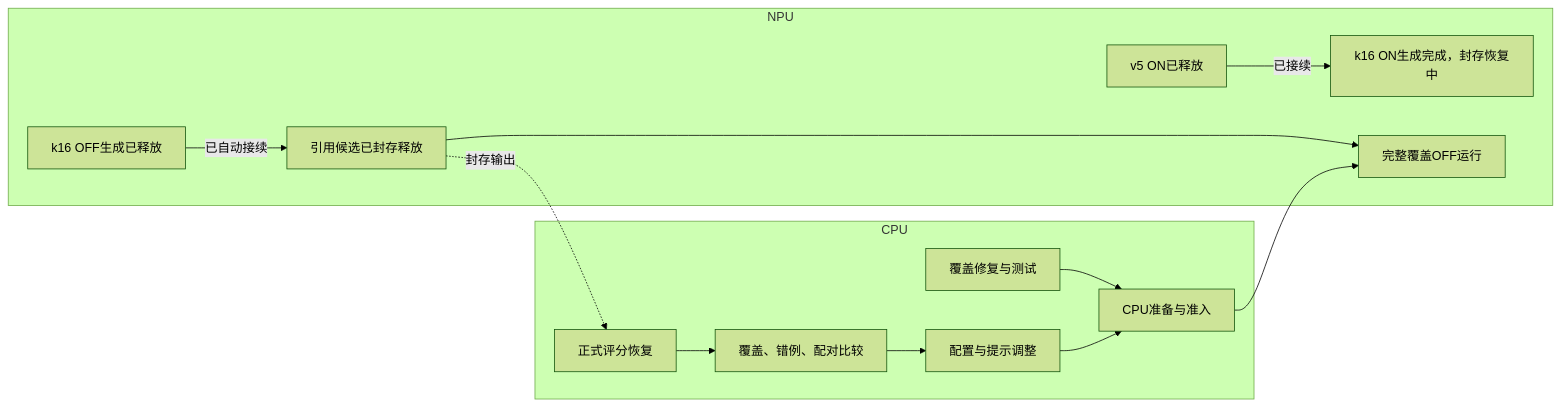
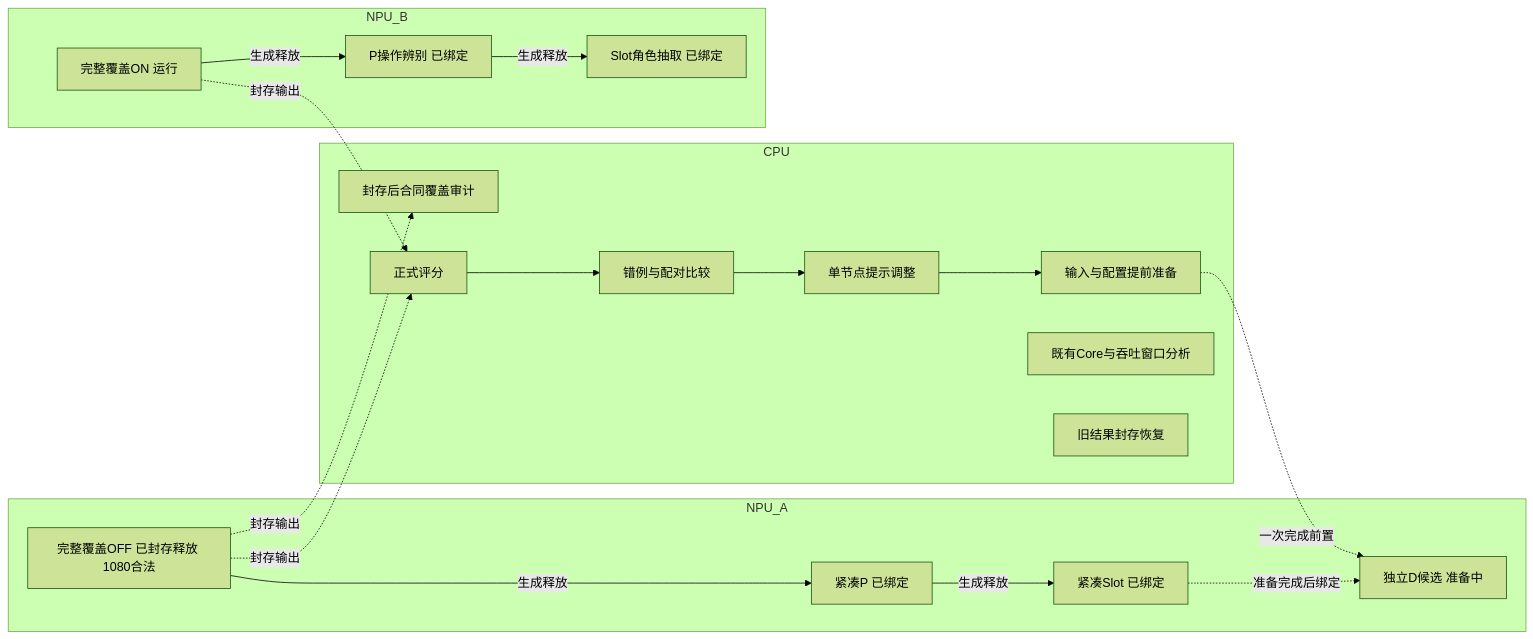
One commit to chaosxingxc-orion/omni changed the diagram in wiki/TFRL-Execution-DAG.md. Above: the diagram before and after it, drawn with Mermaid (forest theme). The commit also changed other lines of this file and 6 other files, not shown here.

````diff
--- a/wiki/TFRL-Execution-DAG.md
+++ b/wiki/TFRL-Execution-DAG.md
@@ -37,16 +39,24 @@
 ```mermaid
 flowchart LR
   subgraph CPU
-    Fix[覆盖修复与测试] --> Prepare[CPU准备与准入]
-    Score[正式评分恢复] --> Compare[覆盖、错例、配对比较]
-    Compare --> Tune[配置与提示调整]
-    Tune --> Prepare
+    Prep[输入与配置提前准备]
+    Audit[封存后合同覆盖审计]
+    Score[正式评分] --> Compare[错例与配对比较]
+    Compare --> Tune[单节点提示调整] --> Prep
+    Efficiency[既有Core与吞吐窗口分析]
+    Recover[旧结果封存恢复]
   end
-  subgraph NPU
-    A[k16 OFF生成已释放] -->|已自动接续| Cover[引用候选已封存释放]
-    B[v5 ON已释放] -->|已接续| K[k16 ON生成完成，封存恢复中]
-    Cover --> Next[完整覆盖OFF运行]
+  subgraph NPU_A
+    A[完整覆盖OFF 已封存释放 1080合法] -->|生成释放| CP[紧凑P 已绑定]
+    CP -->|生成释放| CS[紧凑Slot 已绑定]
+    CS -.准备完成后绑定.-> D[独立D候选 准备中]
   end
-  Prepare --> Next
-  Cover -.封存输出.-> Score
+  subgraph NPU_B
+    B[完整覆盖ON 运行] -->|生成释放| P[P操作辨别 已绑定]
+    P -->|生成释放| S[Slot角色抽取 已绑定]
+  end
+  A -.封存输出.-> Audit
+  A -.封存输出.-> Score
+  B -.封存输出.-> Score
+  Prep -.一次完成前置.-> D
 ```
````
